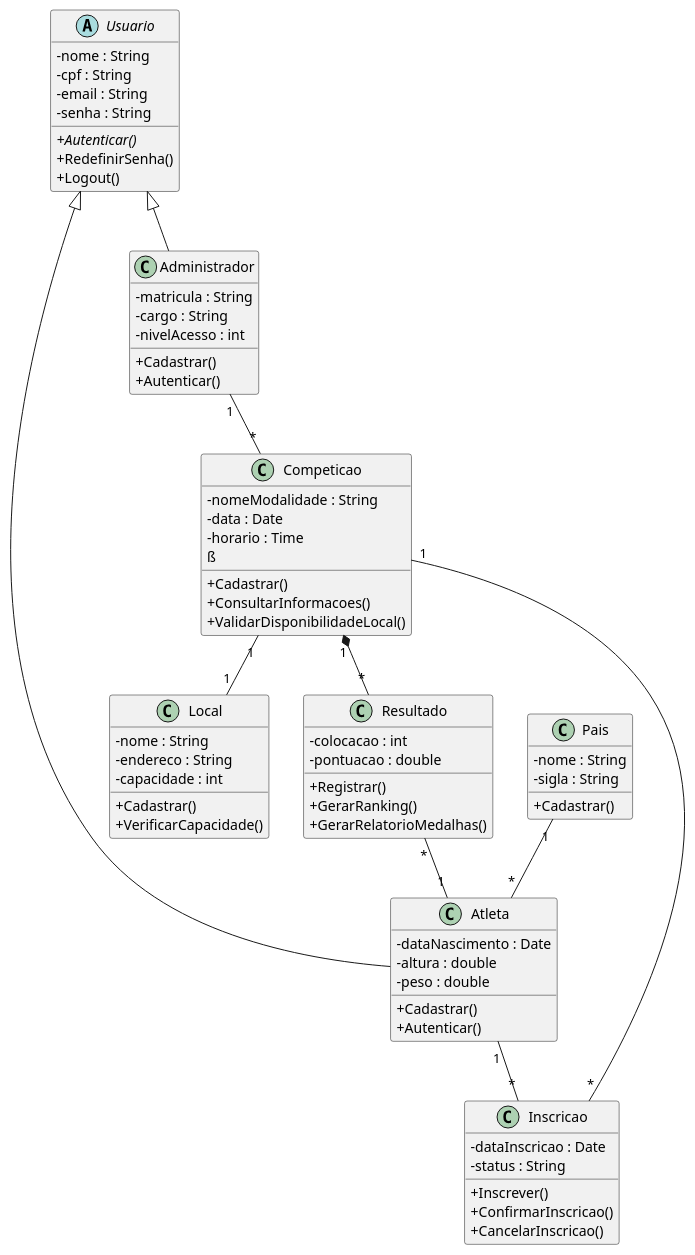
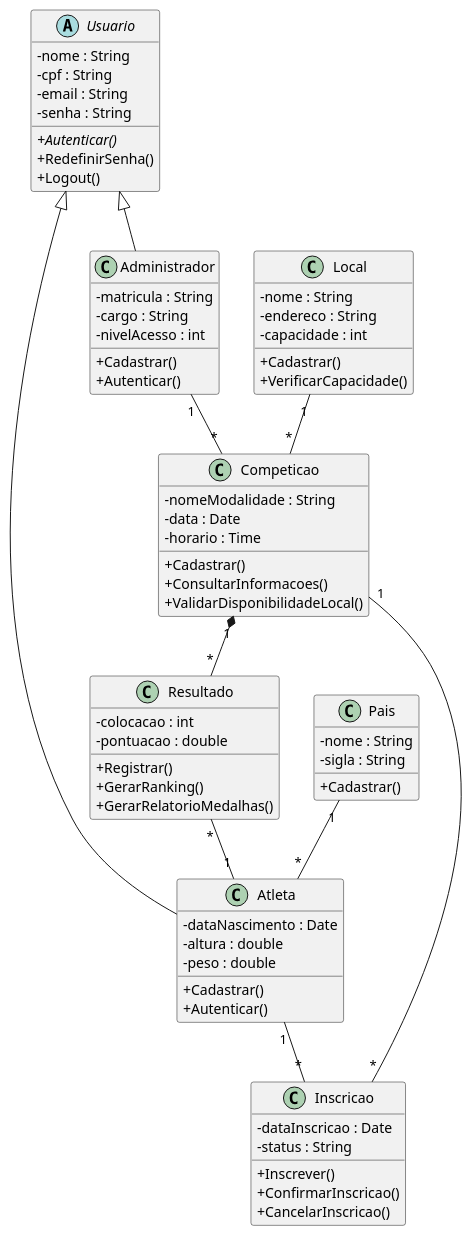
Before and after one commit to arturbomtempo-learning/olympic-system-modeling: the diagram in codes/class-diagram.puml, drawn with PlantUML. The commit also changed 1 other file, not shown here.

Commit message:
fix: update class diagram and correct relationships

```diff
--- a/codes/class-diagram.puml
+++ b/codes/class-diagram.puml
@@ -1,95 +1,93 @@
 @startuml
-
 skinparam classAttributeIconSize 0
 
 abstract class Usuario {
     - nome : String
     - cpf : String
     - email : String
     - senha : String
 
     + {abstract} Autenticar()
     + RedefinirSenha()
     + Logout()
 }
 
 class Atleta {
     - dataNascimento : Date
     - altura : double
     - peso : double
 
     + Cadastrar()
     + Autenticar()
 }
 
 class Administrador {
     - matricula : String
     - cargo : String
     - nivelAcesso : int
 
     + Cadastrar()
     + Autenticar()
 }
 
 class Competicao {
     - nomeModalidade : String
     - data : Date
     - horario : Time
-ß
+
     + Cadastrar()
     + ConsultarInformacoes()
     + ValidarDisponibilidadeLocal()
 }
 
 class Local {
     - nome : String
     - endereco : String
     - capacidade : int
 
     + Cadastrar()
     + VerificarCapacidade()
 }
 
 class Inscricao {
     - dataInscricao : Date
     - status : String
 
     + Inscrever()
     + ConfirmarInscricao()
     + CancelarInscricao()
 }
 
 class Resultado {
     - colocacao : int
     - pontuacao : double
 
     + Registrar()
     + GerarRanking()
     + GerarRelatorioMedalhas()
 }
 
 class Pais {
     - nome : String
     - sigla : String
 
     + Cadastrar()
 }
 
 Usuario <|-- Atleta
 Usuario <|-- Administrador
 
 Pais "1" -- "*" Atleta
 
 Atleta "1" -- "*" Inscricao
 
 Competicao "1" -- "*" Inscricao
 
-Competicao "1" -- "1" Local
+Local "1" -- "*" Competicao
 
 Competicao "1" *-- "*" Resultado
 
 Resultado "*" -- "1" Atleta
 
 Administrador "1" -- "*" Competicao
-
 @enduml
```
